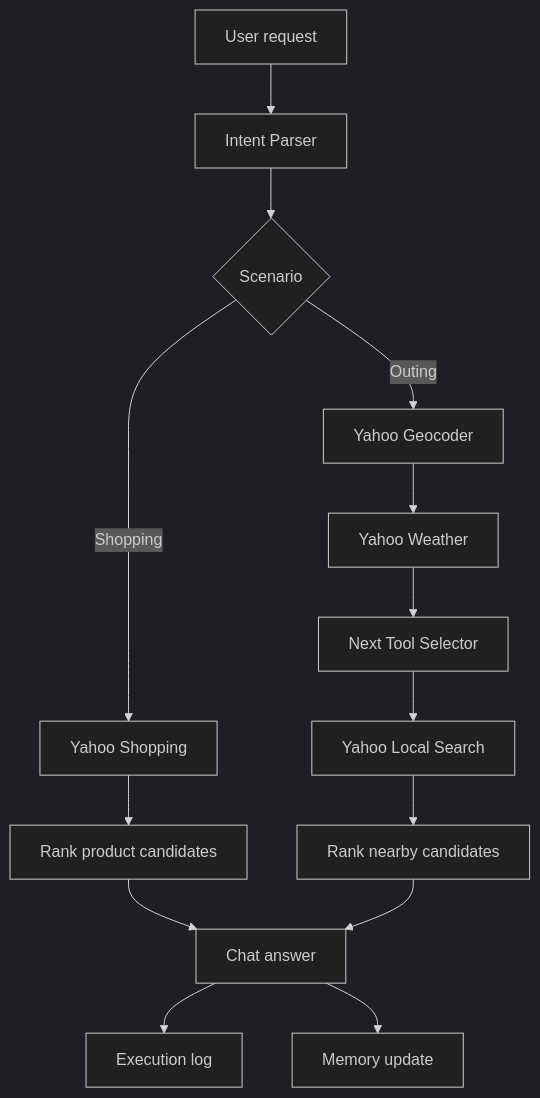
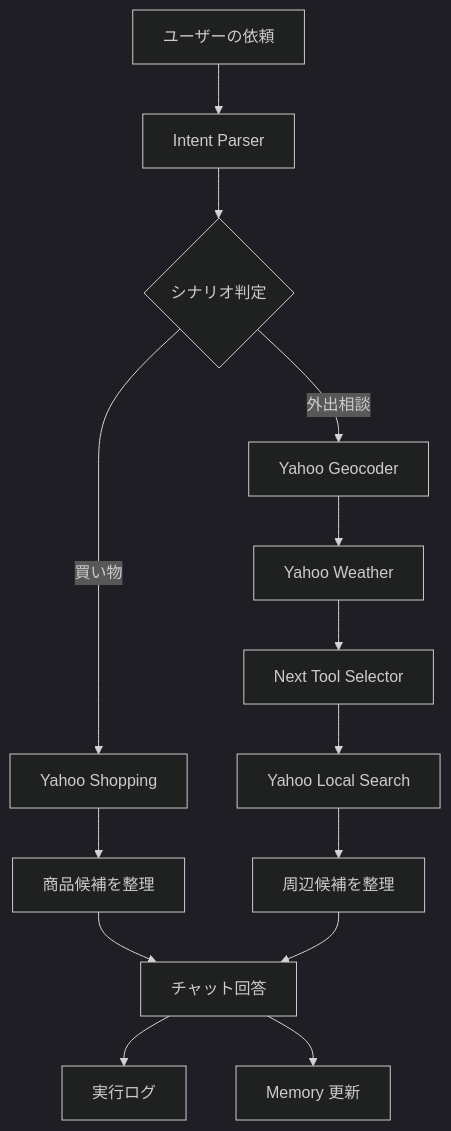
One commit to dragonwang71/agent-yh-prototype changed the first of 2 diagrams in README.md. Above: the diagram before and after it, drawn with Mermaid (dark theme). The commit also changed other lines of this file and 2 other files, not shown here.

````diff
--- a/README.md
+++ b/README.md
@@ -47,19 +47,19 @@
 ```mermaid
 flowchart TD
-  A["User request"] --> B["Intent Parser"]
-  B --> C{"Scenario"}
+  A["ユーザーの依頼"] --> B["Intent Parser"]
+  B --> C{"シナリオ判定"}
 
-  C -->|"Shopping"| D["Yahoo Shopping"]
-  D --> E["Rank product candidates"]
+  C -->|"買い物"| D["Yahoo Shopping"]
+  D --> E["商品候補を整理"]
 
-  C -->|"Outing"| F["Yahoo Geocoder"]
+  C -->|"外出相談"| F["Yahoo Geocoder"]
   F --> G["Yahoo Weather"]
   G --> H["Next Tool Selector"]
   H --> I["Yahoo Local Search"]
-  I --> J["Rank nearby candidates"]
+  I --> J["周辺候補を整理"]
 
-  E --> K["Chat answer"]
+  E --> K["チャット回答"]
   J --> K
-  K --> L["Execution log"]
-  K --> M["Memory update"]
+  K --> L["実行ログ"]
+  K --> M["Memory 更新"]
 ```
````
